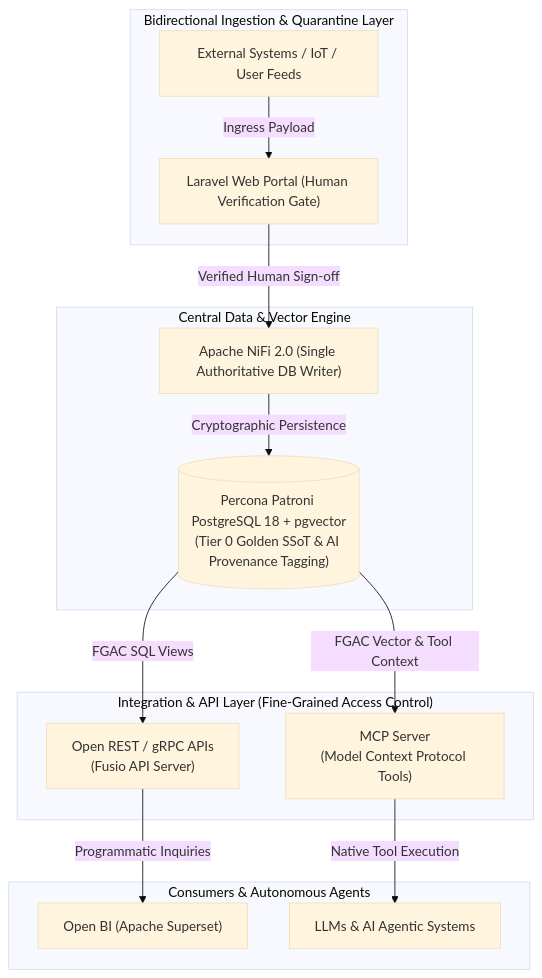
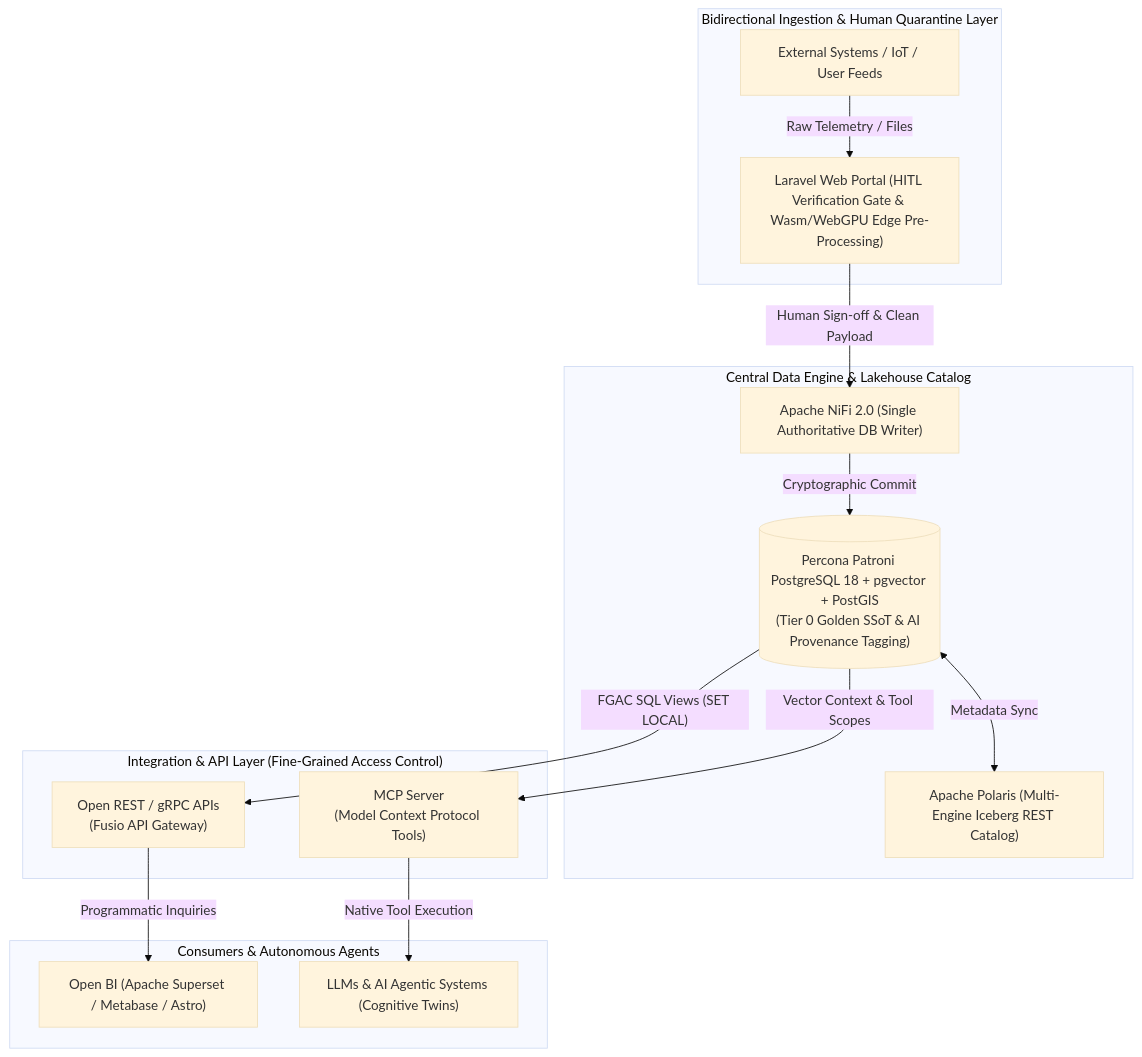
The diagram in docs/IT-MANAGEMENT-PROPOSAL.md (linuxmalaysia/bda-ai-infra), drawn with Mermaid (base theme) before and after one commit. The commit also changed other lines of this file and 3 other files, not shown here.

First line of the commit message:
docs(proposal): enhance executive IT management proposal with full architecture and roadmap

````diff
--- a/docs/IT-MANAGEMENT-PROPOSAL.md
+++ b/docs/IT-MANAGEMENT-PROPOSAL.md
@@ -112,30 +155,32 @@
 ```mermaid
 flowchart TD
-    subgraph Ingestion ["Bidirectional Ingestion & Quarantine Layer"]
+    subgraph Ingestion ["Bidirectional Ingestion & Human Quarantine Layer"]
         Ext["External Systems / IoT / User Feeds"]
-        Laravel["Laravel Web Portal (Human Verification Gate)"]
+        Laravel["Laravel Web Portal (HITL Verification Gate & Wasm/WebGPU Edge Pre-Processing)"]
     end
 
-    subgraph Core ["Central Data & Vector Engine"]
+    subgraph Core ["Central Data Engine & Lakehouse Catalog"]
         NiFi["Apache NiFi 2.0 (Single Authoritative DB Writer)"]
-        Postgres[("Percona Patroni PostgreSQL 18 + pgvector\n(Tier 0 Golden SSoT & AI Provenance Tagging)")]
+        Postgres[("Percona Patroni PostgreSQL 18 + pgvector + PostGIS\n(Tier 0 Golden SSoT & AI Provenance Tagging)")]
+        Polaris["Apache Polaris (Multi-Engine Iceberg REST Catalog)"]
     end
 
     subgraph Integration ["Integration & API Layer (Fine-Grained Access Control)"]
-        REST["Open REST / gRPC APIs\n(Fusio API Server)"]
+        REST["Open REST / gRPC APIs\n(Fusio API Gateway)"]
         MCP["MCP Server\n(Model Context Protocol Tools)"]
     end
 
     subgraph Consumers ["Consumers & Autonomous Agents"]
-        BI["Open BI (Apache Superset)"]
-        AI["LLMs & AI Agentic Systems"]
+        BI["Open BI (Apache Superset / Metabase / Astro)"]
+        AI["LLMs & AI Agentic Systems (Cognitive Twins)"]
     end
 
-    Ext -->|"Ingress Payload"| Laravel
-    Laravel -->|"Verified Human Sign-off"| NiFi
-    NiFi -->|"Cryptographic Persistence"| Postgres
-    Postgres -->|"FGAC SQL Views"| REST
-    Postgres -->|"FGAC Vector & Tool Context"| MCP
+    Ext -->|"Raw Telemetry / Files"| Laravel
+    Laravel -->|"Human Sign-off & Clean Payload"| NiFi
+    NiFi -->|"Cryptographic Commit"| Postgres
+    Postgres <-->|"Metadata Sync"| Polaris
+    Postgres -->|"FGAC SQL Views (SET LOCAL)"| REST
+    Postgres -->|"Vector Context & Tool Scopes"| MCP
     REST -->|"Programmatic Inquiries"| BI
     MCP -->|"Native Tool Execution"| AI
 ```
````
